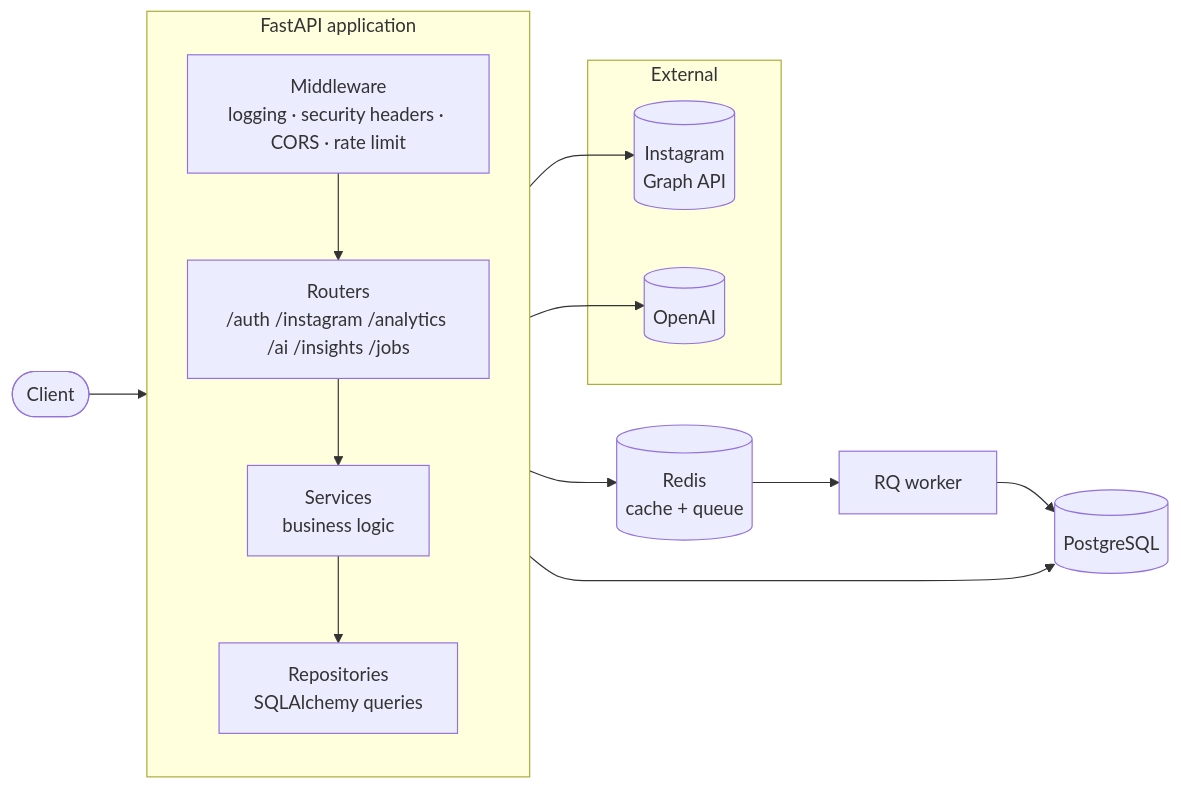
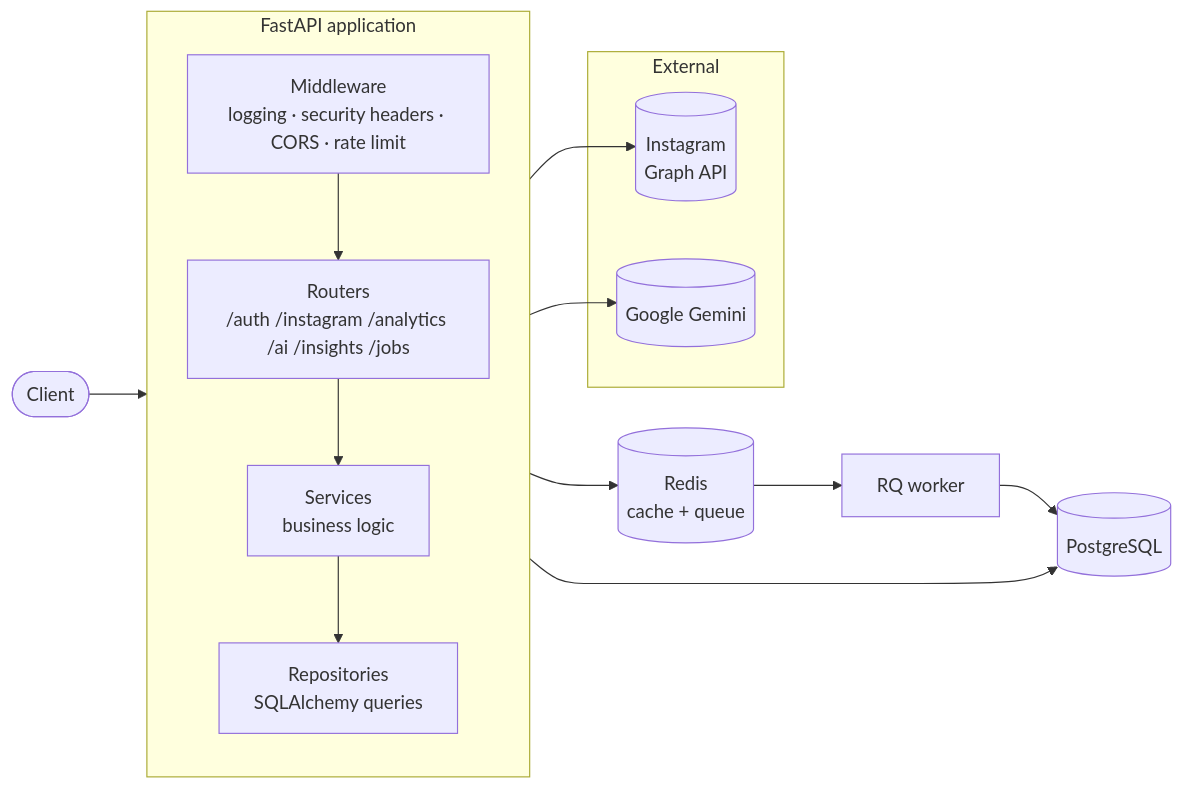
One commit to Manohar0441/instagram-ai-agent changed the diagram in README.md. Above: the diagram before and after it, drawn with Mermaid. The commit also changed other lines of this file and 22 other files, not shown here.

````diff
--- a/README.md
+++ b/README.md
@@ -76,30 +76,30 @@
 ```mermaid
 flowchart LR
     Client([Client])
 
     subgraph API["FastAPI application"]
         direction TB
         MW["Middleware<br/>logging · security headers · CORS · rate limit"]
         R["Routers<br/>/auth /instagram /analytics /ai /insights /jobs"]
         S["Services<br/>business logic"]
         Repo["Repositories<br/>SQLAlchemy queries"]
         MW --> R --> S --> Repo
     end
 
     subgraph Ext["External"]
         Meta[("Instagram<br/>Graph API")]
-        OpenAI[("OpenAI")]
+        Gemini[("Google Gemini")]
     end
 
     PG[("PostgreSQL")]
     Redis[("Redis<br/>cache + queue")]
     Worker["RQ worker"]
 
     Client --> MW
     Repo --> PG
     S --> Redis
     S --> Meta
-    S --> OpenAI
+    S --> Gemini
     Redis --> Worker
     Worker --> PG
 ```
````
